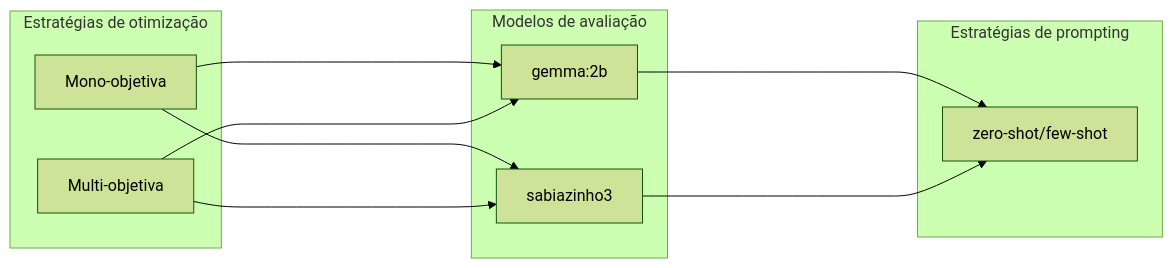
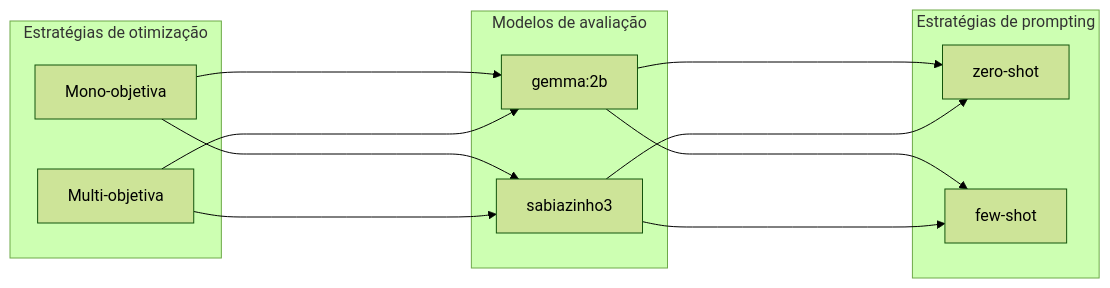
The diagram in README.md (SaraCamara/mo-prompt-project), drawn with Mermaid (forest theme) before and after one commit. The commit also changed other lines of this file and 10 other files, not shown here.

````diff
--- a/README.md
+++ b/README.md
@@ -125,19 +143,20 @@
 ```mermaid
 graph LR;
 
 subgraph Estratégias de otimização
     Mono-objetiva
     Multi-objetiva
     end
 
 subgraph Modelos de avaliação  
     gemma:2b
     sabiazinho3
     end
 
 subgraph Estratégias de prompting
-    zero-shot/few-shot
+    zero-shot
+    few-shot
     end
 
-Mono-objetiva & Multi-objetiva ------>  gemma:2b & sabiazinho3 ------> zero-shot/few-shot; 
+Mono-objetiva & Multi-objetiva ------>  gemma:2b & sabiazinho3 ------> zero-shot & few-shot; 
 ```
````
